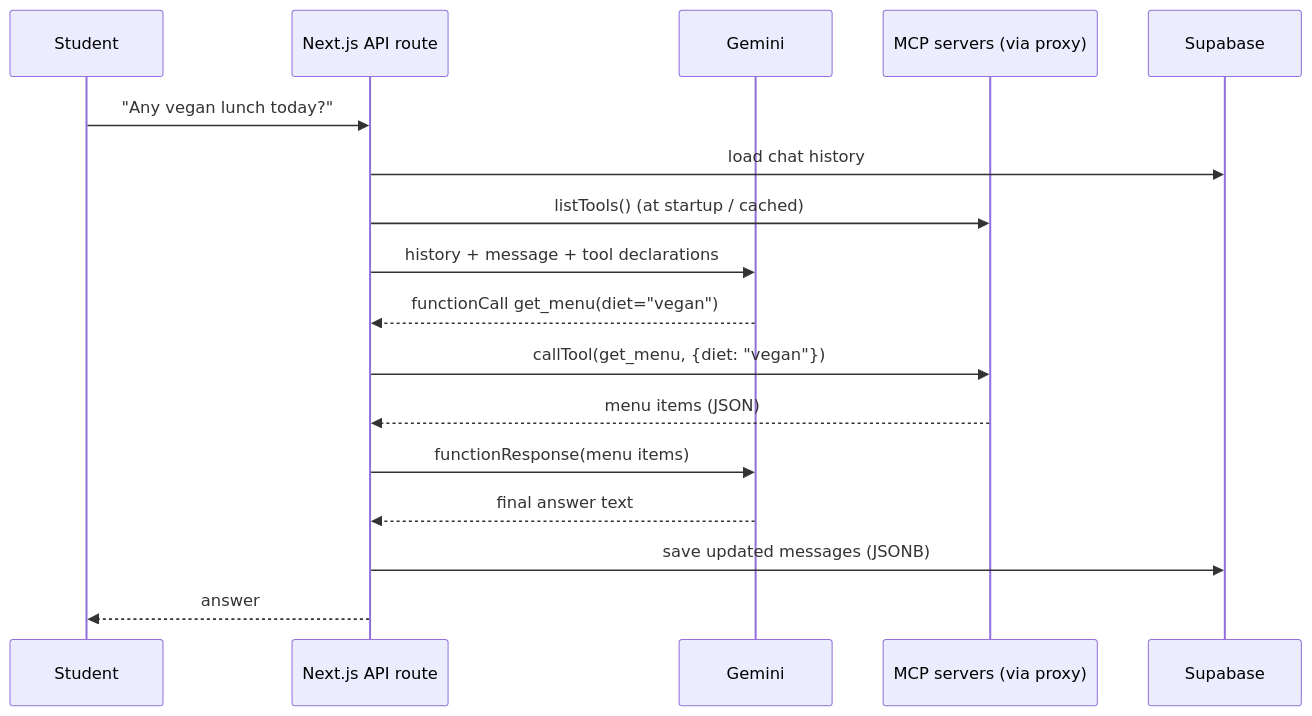
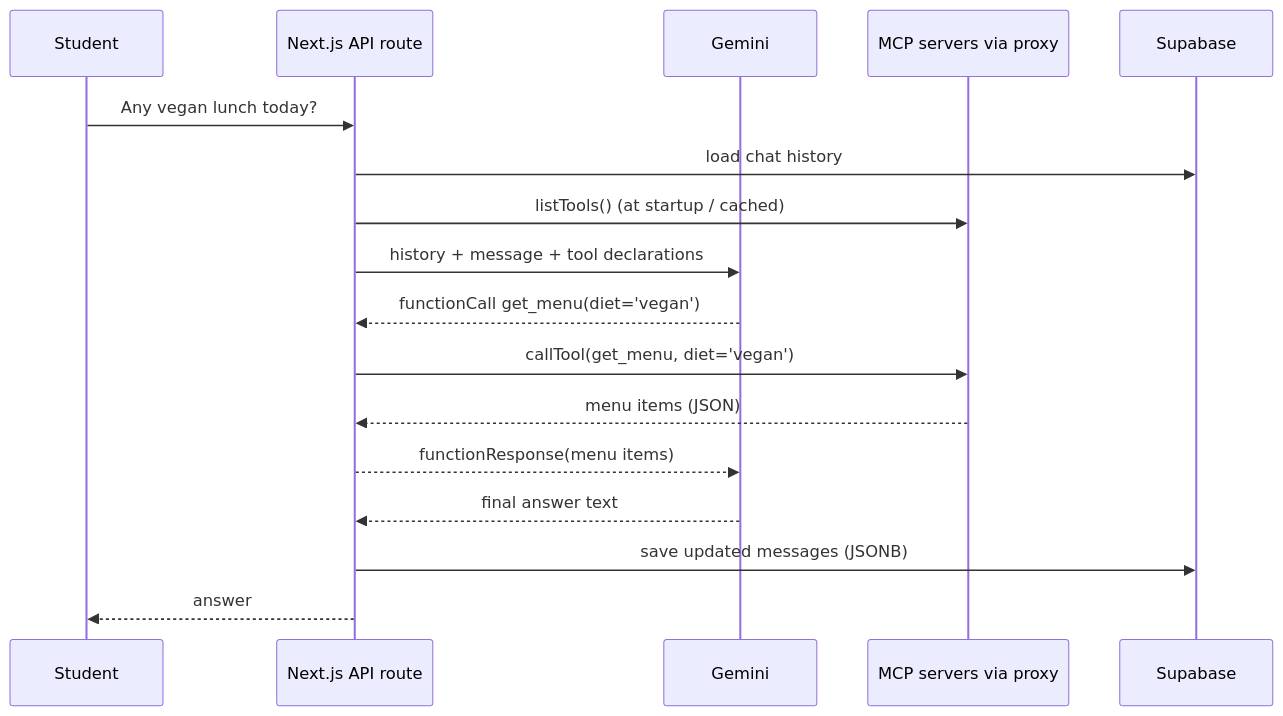
Before and after one commit to divyansh070/ml_notes: the second of 5 diagrams in OmniOS — Interview Dossier (SDE + ML).md, drawn with Mermaid. The commit also changed other lines of this file, not shown here.

Commit message:
fix(omnios): resolve Mermaid syntax and rich display rendering issues for GitHub

````diff
--- a/OmniOS — Interview Dossier (SDE + ML).md
+++ b/OmniOS — Interview Dossier (SDE + ML).md
@@ -130,19 +129,19 @@
 ```mermaid
 sequenceDiagram
     participant U as Student
     participant N as Next.js API route
     participant G as Gemini
-    participant M as MCP servers (via proxy)
+    participant M as MCP servers via proxy
     participant DB as Supabase
-    U->>N: "Any vegan lunch today?"
+    U->>N: Any vegan lunch today?
     N->>DB: load chat history
     N->>M: listTools() (at startup / cached)
     N->>G: history + message + tool declarations
-    G-->>N: functionCall get_menu(diet="vegan")
-    N->>M: callTool(get_menu, {diet: "vegan"})
+    G-->>N: functionCall get_menu(diet='vegan')
+    N->>M: callTool(get_menu, diet='vegan')
     M-->>N: menu items (JSON)
-    N->>G: functionResponse(menu items)
+    N-->>G: functionResponse(menu items)
     G-->>N: final answer text
     N->>DB: save updated messages (JSONB)
     N-->>U: answer
 ```
````
